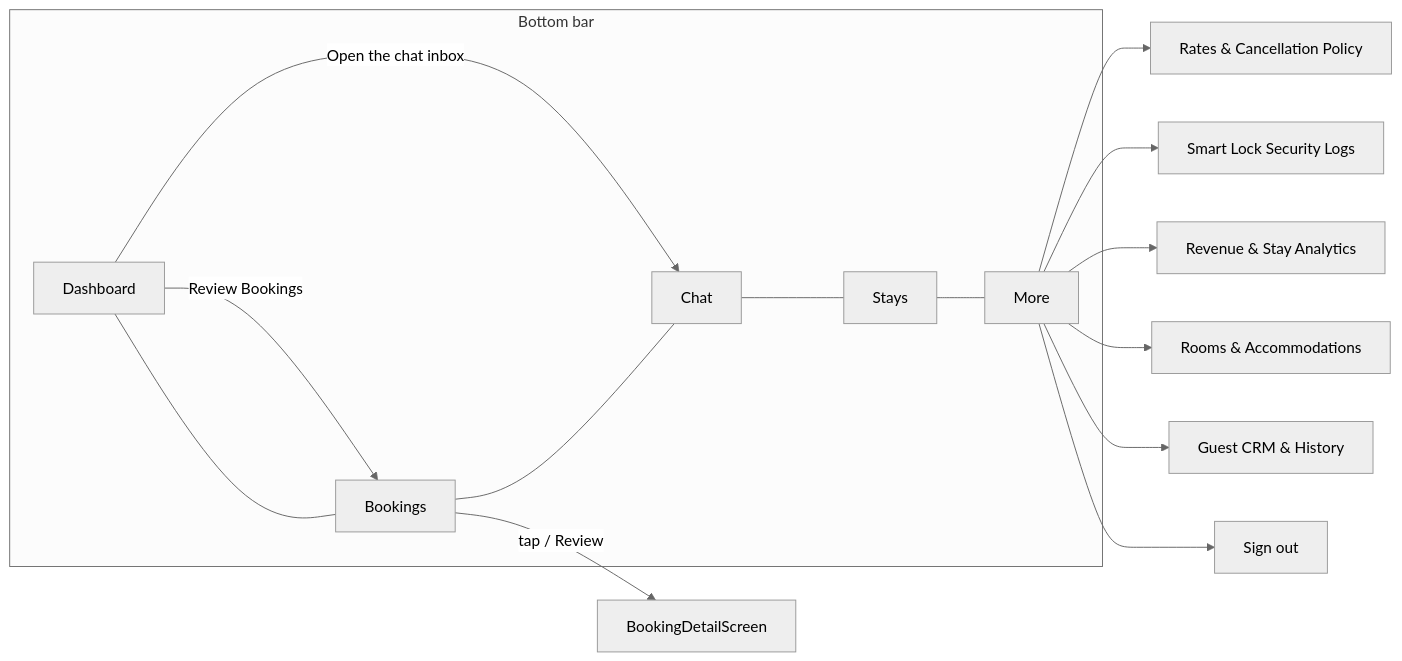
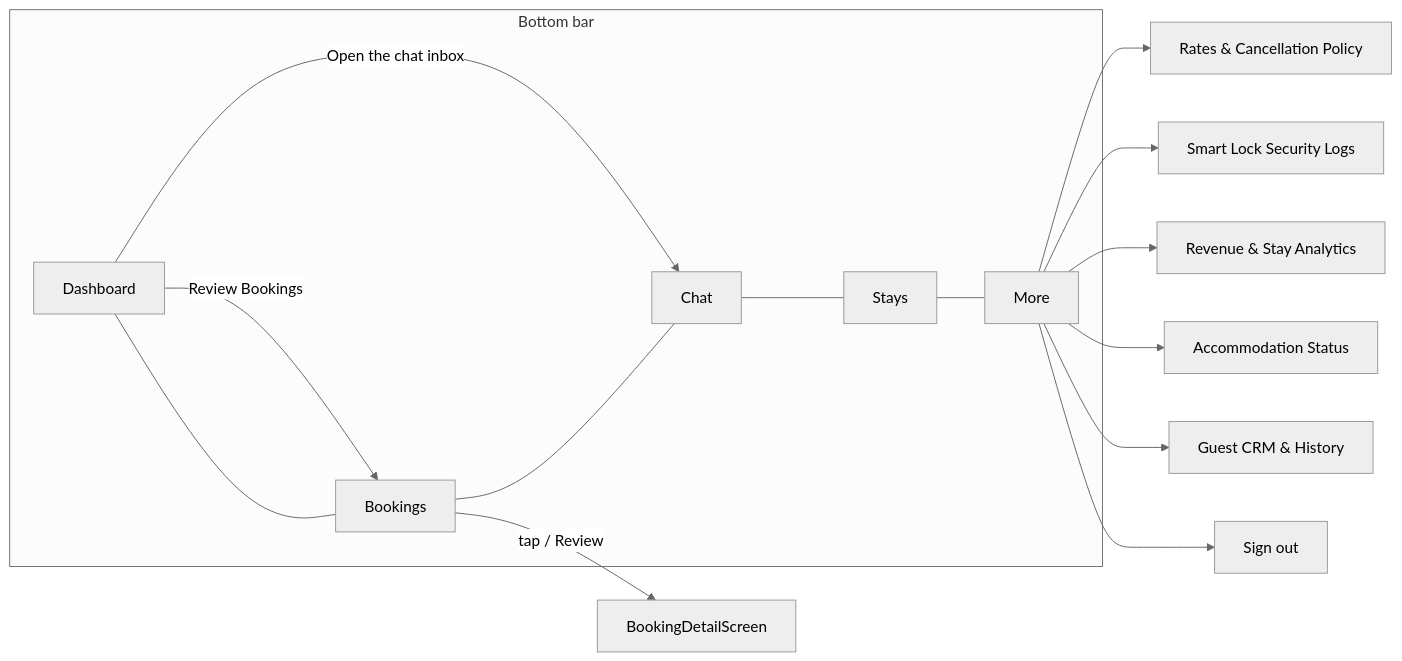
Before and after one commit to JOHN-REY-CARLO-A-GEMAO/hacienda-de-luisana: the second of 3 diagrams in docs/FLUTTER_FLOW.md, drawn with Mermaid (neutral theme). The commit also changed other lines of this file and 41 other files, not shown here.

````diff
--- a/docs/FLUTTER_FLOW.md
+++ b/docs/FLUTTER_FLOW.md
@@ -33,15 +33,15 @@
 ```mermaid
 flowchart LR
     subgraph Tabs [Bottom bar]
         T1[Dashboard] --- T2[Bookings] --- T3[Chat] --- T4[Stays] --- T5[More]
     end
     T5 --> M1[Rates & Cancellation Policy]
     T5 --> M2[Smart Lock Security Logs]
     T5 --> M3[Revenue & Stay Analytics]
-    T5 --> M4[Rooms & Accommodations]
+    T5 --> M4[Accommodation Status]
     T5 --> M5[Guest CRM & History]
     T5 --> M6[Sign out]
     T1 -->|Review Bookings| T2
     T1 -->|Open the chat inbox| T3
     T2 -->|tap / Review| D[BookingDetailScreen]
 ```
````
